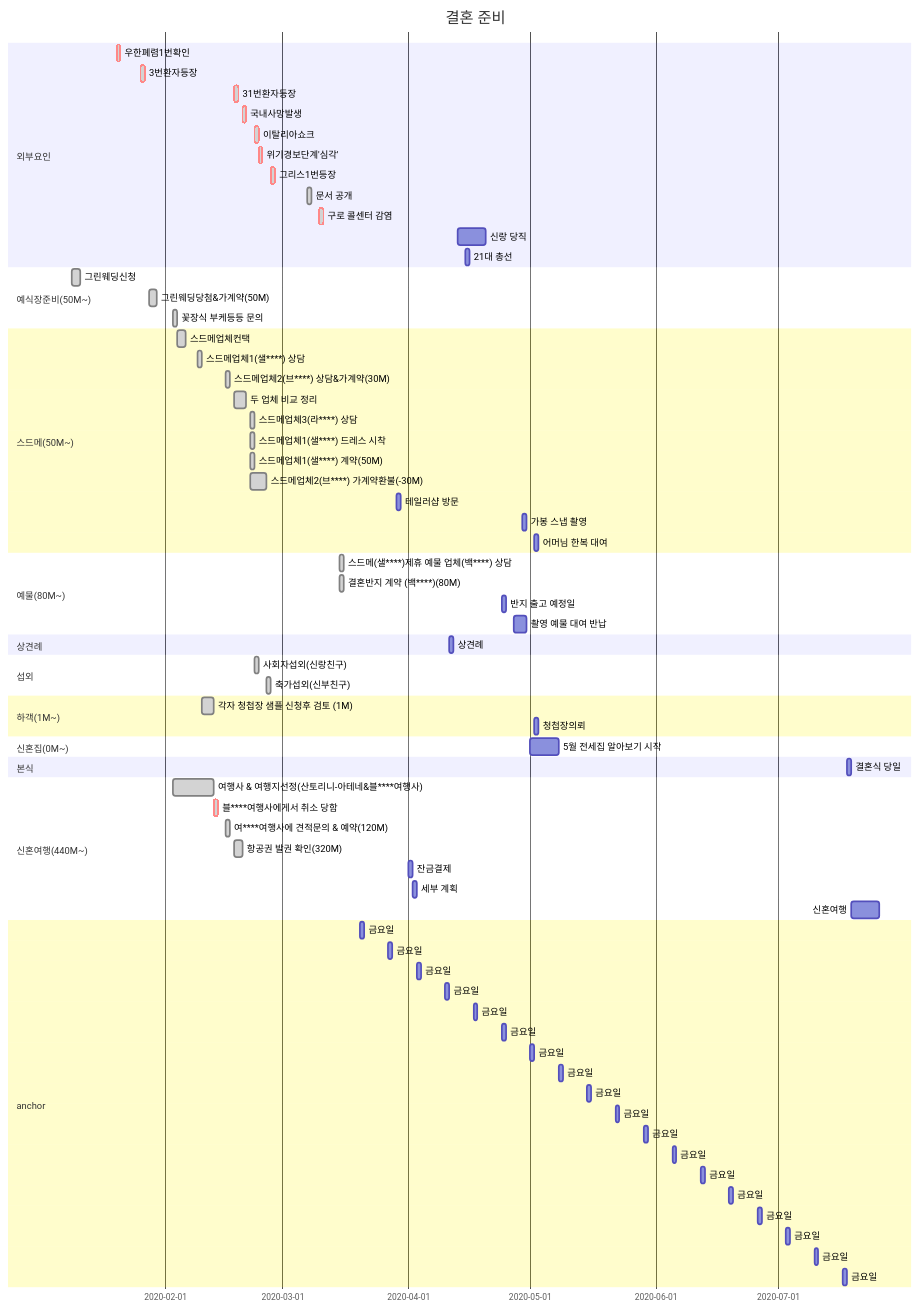
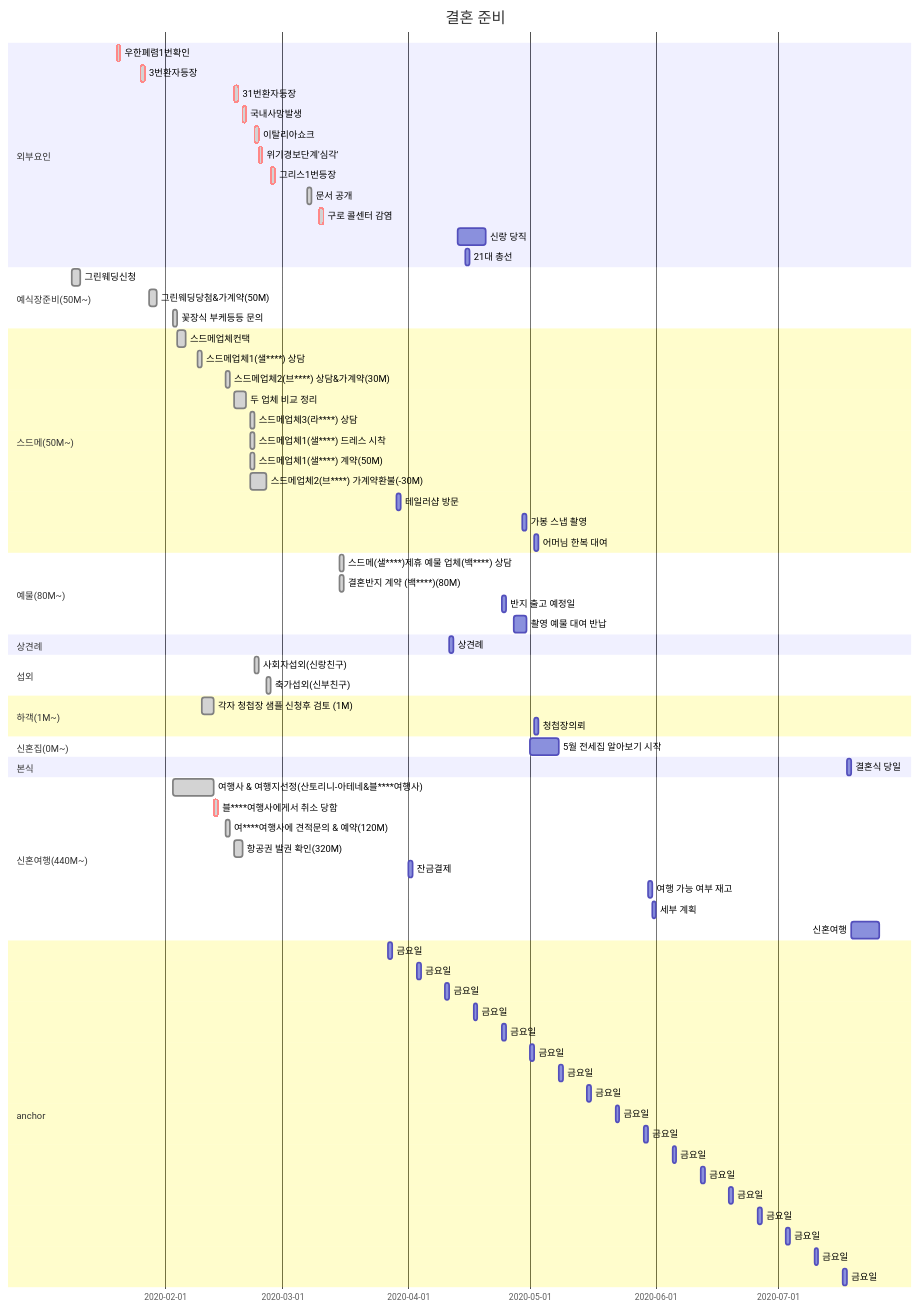
Before and after one commit to rino0601/hjk52knk: the diagram in docs/_static/journal.mmd, drawn with Mermaid. The commit also changed 3 other files, not shown here.

```diff
--- a/docs/_static/journal.mmd
+++ b/docs/_static/journal.mmd
@@ -1,86 +1,86 @@
 gantt
   title 결혼 준비
   dateFormat  YYYY-MM-DD
 
   section 외부요인
     우한폐렴1번확인: done, crit, 2020-01-20, 1d
     3번환자등장: done, crit, 2020-01-26, 1d
     31번환자등장: done, crit, 2020-02-18, 1d
     국내사망발생: done, crit, 2020-02-20, 1d
     이탈리아쇼크: done, crit, 2020-02-23, 1d
     위기경보단계'심각': done, crit, 2020-02-24, 1d
     그리스1번등장: done, crit, 2020-02-27, 1d
     문서 공개: done, 2020-03-07, 1d
     구로 콜센터 감염: done, crit, 2020-03-10, 1d
     신랑 당직: 2020-04-13, 2020-04-20
     21대 총선: 2020-04-15, 1d
 
   section 예식장준비(50M~)
     그린웨딩신청: done, 2020-01-09, 2d
     그린웨딩당첨&가계약(50M): done, 2020-01-28, 2d
     꽃장식 부케등등 문의: done, 2020-02-03, 1d
 
   section 스드메(50M~)
     스드메업체컨택: done, 2020-02-04, 2d
     스드메업체1(샐****) 상담: done, 2020-02-09, 1d
     스드메업체2(브****) 상담&가계약(30M): done, 2020-02-16, 1d
     두 업체 비교 정리: done, 2020-02-18, 2020-02-21
     스드메업체3(라****) 상담: done, 2020-02-22, 1d
     스드메업체1(샐****) 드레스 시착: done, 2020-02-22, 1d
     스드메업체1(샐****) 계약(50M): done, 2020-02-22, 1d
     스드메업체2(브****) 가계약환불(-30M): done, 2020-02-22, 2020-02-26
     테일러샵 방문: 2020-03-29, 1d
     가봉 스냅 촬영: 2020-04-29, 1d
     어머님 한복 대여: 2020-05-02, 1d
 
   section 예물(80M~)
     스드메(샐****)제휴 예물 업체(백****) 상담: done, 2020-03-15, 1d
     결혼반지 계약 (백****)(80M): done, 2020-03-15, 1d
     반지 출고 예정일: 2020-04-24, 1d
     촬영 예물 대여 반납: 2020-04-27, 2020-04-30
 
   section 상견례
     상견례: 2020-04-11, 1d
 
   section 섭외
     사회자섭외(신랑친구): done, 2020-02-23, 1d
     축가섭외(신부친구): done, 2020-02-26, 1d
 
   section 하객(1M~)
     각자 청첩장 샘플 신청후 검토 (1M): done, 2020-02-10, 2020-02-13
     청첩장의뢰                : after a11, 1d
 
   section 신혼집(0M~)
     5월 전세집 알아보기 시작: 2020-05-01, 7d
 
   section 본식
     결혼식 당일: dday, 2020-07-18  , 1d
 
   section 신혼여행(440M~)
     여행사 & 여행지선정(산토리니-아테네&블****여행사): done, 2020-02-03, 2020-02-13
     블****여행사에게서 취소 당함: done, crit, 2020-02-13, 1d
     여****여행사에 견적문의 & 예약(120M): done, 2020-02-16, 2020-02-17
     항공권 발권 확인(320M): done, 2020-02-18, 2020-02-20
     잔금결제: 2020-04-01, 1d
+    여행 가능 여부 재고: 2020-05-30, 1d
     세부 계획: 1d
     신혼여행: 2020-07-19, 2020-07-26
 
   section anchor
-    금요일: a17, 2020-03-20, 1d
     금요일: a16, 2020-03-27, 1d
     금요일: a15, 2020-04-03, 1d
     금요일: a14, 2020-04-10, 1d
     금요일: a13, 2020-04-17, 1d
     금요일: a12, 2020-04-24, 1d
     금요일: a11, 2020-05-01, 1d
     금요일: a10, 2020-05-08, 1d
     금요일: a9, 2020-05-15, 1d
     금요일: a8, 2020-05-22, 1d
     금요일: a7, 2020-05-29, 1d
     금요일: a6, 2020-06-05, 1d
     금요일: a5, 2020-06-12, 1d
     금요일: a4, 2020-06-19, 1d
     금요일: a3, 2020-06-26, 1d
     금요일: a2, 2020-07-03, 1d
     금요일: a1, 2020-07-10, 1d
     금요일: a0, 2020-07-17, 1d
```
